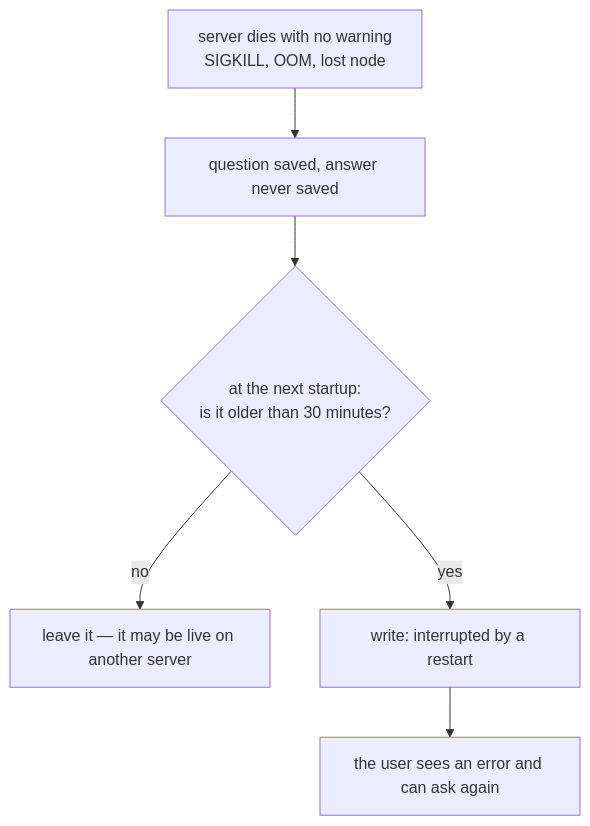
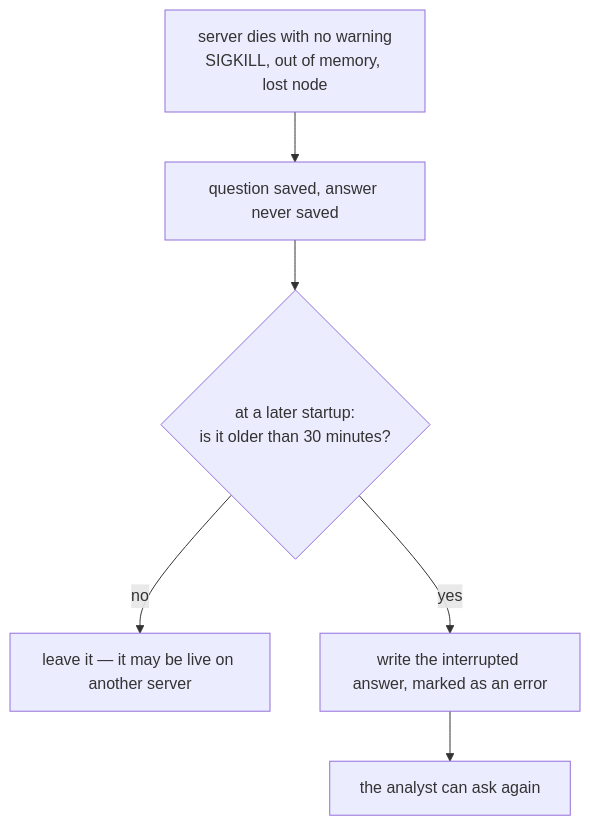
The fifth of 15 diagrams in docs/TESTING-SCALING.md (selvakumarperumal/Corporate_Filing_Analyzer_Agent), drawn with Mermaid before and after one commit. The commit also changed other lines of this file, not shown here.

Commit message:
docs: clarify in-flight drain and sweep failure modes with timeline examples and signal breakdowns

````diff
--- a/docs/TESTING-SCALING.md
+++ b/docs/TESTING-SCALING.md
@@ -496,8 +620,8 @@
 ```mermaid
 flowchart TB
-  K["server dies with no warning<br/>SIGKILL, OOM, lost node"] --> L["question saved, answer never saved"]
-  L --> S{"at the next startup:<br/>is it older than 30 minutes?"}
+  K["server dies with no warning<br/>SIGKILL, out of memory, lost node"] --> L["question saved, answer never saved"]
+  L --> S{"at a later startup:<br/>is it older than 30 minutes?"}
   S -->|"no"| SKIP["leave it — it may be live on another server"]
-  S -->|"yes"| W["write: interrupted by a restart"]
-  W --> R["the user sees an error and can ask again"]
+  S -->|"yes"| W["write the interrupted answer, marked as an error"]
+  W --> R["the analyst can ask again"]
 ```
````
